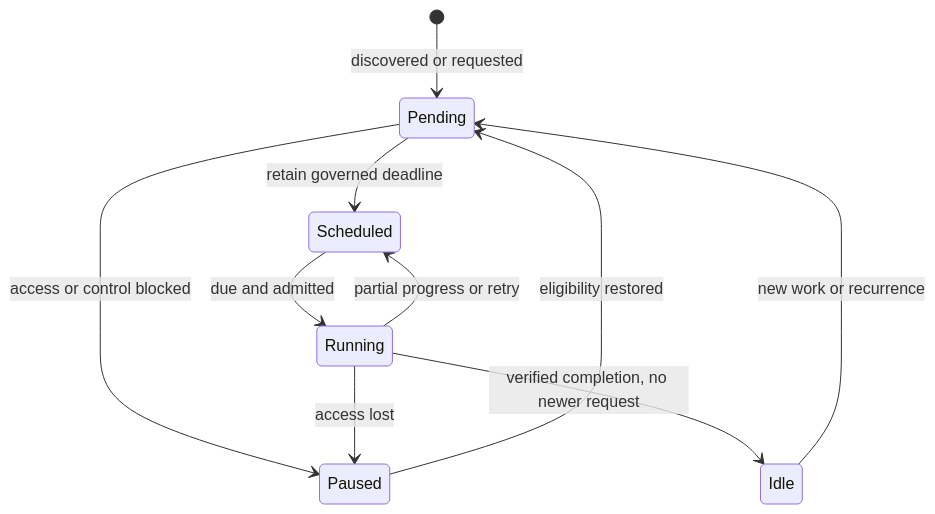
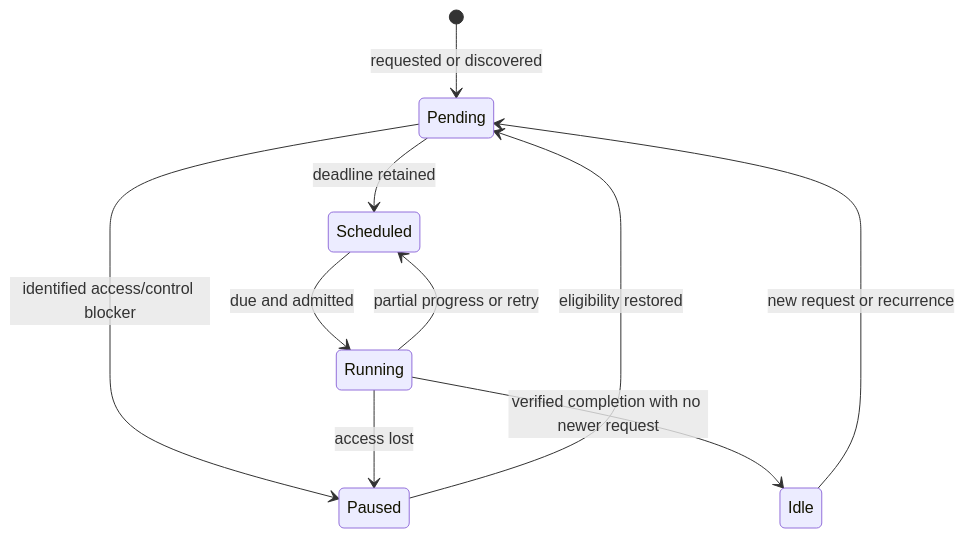
Before and after one commit to oneshubhamt/study-director: the diagram in docs/BACKGROUND-OPERATIONS.md, drawn with Mermaid. The commit also changed other lines of this file and 27 other files, not shown here.

````diff
--- a/docs/BACKGROUND-OPERATIONS.md
+++ b/docs/BACKGROUND-OPERATIONS.md
@@ -22,12 +9,12 @@
 ```mermaid
 stateDiagram-v2
-  [*] --> Pending: discovered or requested
-  Pending --> Paused: access or control blocked
+  [*] --> Pending: requested or discovered
+  Pending --> Paused: identified access/control blocker
   Paused --> Pending: eligibility restored
-  Pending --> Scheduled: retain governed deadline
+  Pending --> Scheduled: deadline retained
   Scheduled --> Running: due and admitted
   Running --> Scheduled: partial progress or retry
   Running --> Paused: access lost
-  Running --> Idle: verified completion, no newer request
-  Idle --> Pending: new work or recurrence
+  Running --> Idle: verified completion with no newer request
+  Idle --> Pending: new request or recurrence
 ```
````
